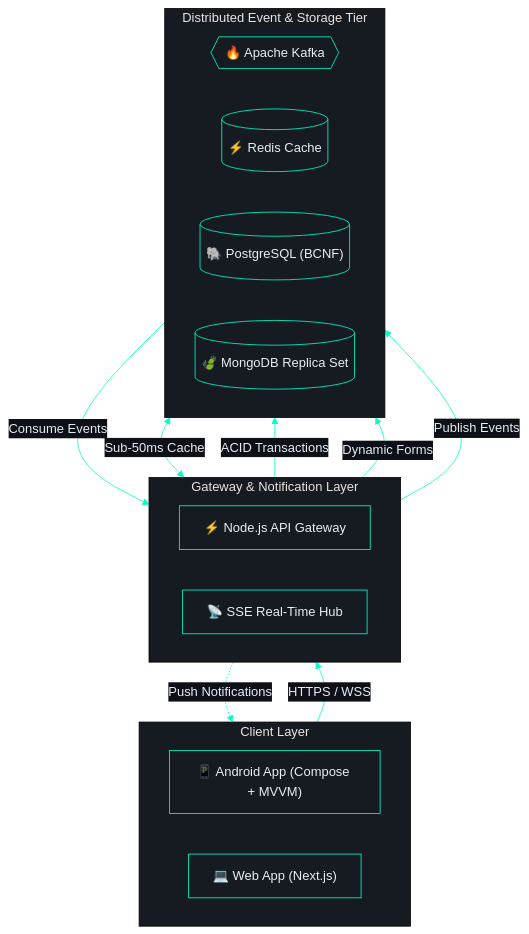
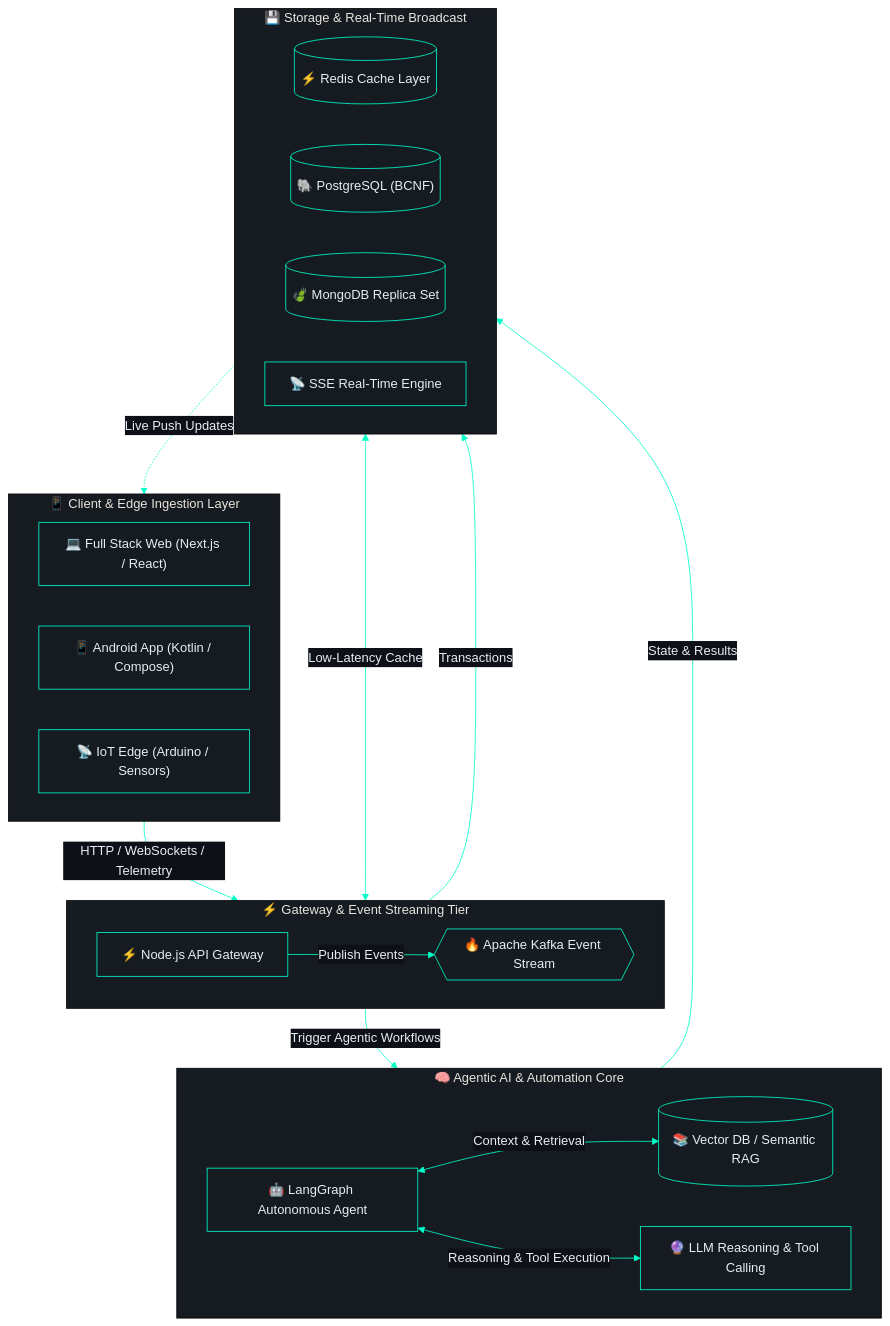
The diagram in README.md (Gautamneeraj88/Gautamneeraj88), drawn with Mermaid before and after one commit. The commit also changed other lines of this file and 1 other file, not shown here.

Commit message:
feat: elevate profile to Full Stack & AI Systems Engineer with Neural Bento Deck design

````diff
--- a/README.md
+++ b/README.md
@@ -43,42 +50,52 @@
 ```mermaid
 %%{init: {
   'theme': 'base',
   'themeVariables': {
     'primaryColor': '#161b22',
     'primaryTextColor': '#e6edf3',
     'primaryBorderColor': '#00ffc8',
     'lineColor': '#00ffc8',
     'secondaryColor': '#0d1117',
     'tertiaryColor': '#161b22',
     'edgeLabelBackground': '#0d1117'
   }
 }}%%
 flowchart TD
-    subgraph Clients [" Client Layer "]
+    subgraph Ingestion [" 📱 Client & Edge Ingestion Layer "]
         direction LR
-        Android["📱 Android App (Compose + MVVM)"]
-        Web["💻 Web App (Next.js)"]
+        Web["💻 Full Stack Web (Next.js / React)"]
+        Mobile["📱 Android App (Kotlin / Compose)"]
+        IoT["📡 IoT Edge (Arduino / Sensors)"]
     end
 
-    subgraph Gateway [" Gateway & Notification Layer "]
+    subgraph Gateway [" ⚡ Gateway & Event Streaming Tier "]
         direction LR
         API["⚡ Node.js API Gateway"]
-        SSE["📡 SSE Real-Time Hub"]
+        Kafka{{"🔥 Apache Kafka Event Stream"}}
     end
 
-    subgraph Core [" Distributed Event & Storage Tier "]
+    subgraph AI [" 🧠 Agentic AI & Automation Core "]
         direction LR
-        Kafka{{"🔥 Apache Kafka"}}
-        Redis[("⚡ Redis Cache")]
+        Agent["🤖 LangGraph Autonomous Agent"]
+        RAG[("📚 Vector DB / Semantic RAG")]
+        LLM["🔮 LLM Reasoning & Tool Calling"]
+    end
+
+    subgraph Persistence [" 💾 Storage & Real-Time Broadcast "]
+        direction LR
+        Redis[("⚡ Redis Cache Layer")]
         Postgres[("🐘 PostgreSQL (BCNF)")]
         Mongo[("🍃 MongoDB Replica Set")]
+        SSE["📡 SSE Real-Time Engine"]
     end
 
-    Clients -->|HTTPS / WSS| API
-    API <-->|Sub-50ms Cache| Redis
-    API -->|ACID Transactions| Postgres
-    API -->|Dynamic Forms| Mongo
+    Ingestion -->|HTTP / WebSockets / Telemetry| API
     API -->|Publish Events| Kafka
-    Kafka -->|Consume Events| SSE
-    SSE -.->|Push Notifications| Clients
+    Kafka -->|Trigger Agentic Workflows| Agent
+    Agent <-->|Context & Retrieval| RAG
+    Agent <-->|Reasoning & Tool Execution| LLM
+    Agent -->|State & Results| Persistence
+    API <-->|Low-Latency Cache| Redis
+    API -->|Transactions| Postgres
+    Persistence -.->|Live Push Updates| Ingestion
 ```
````
